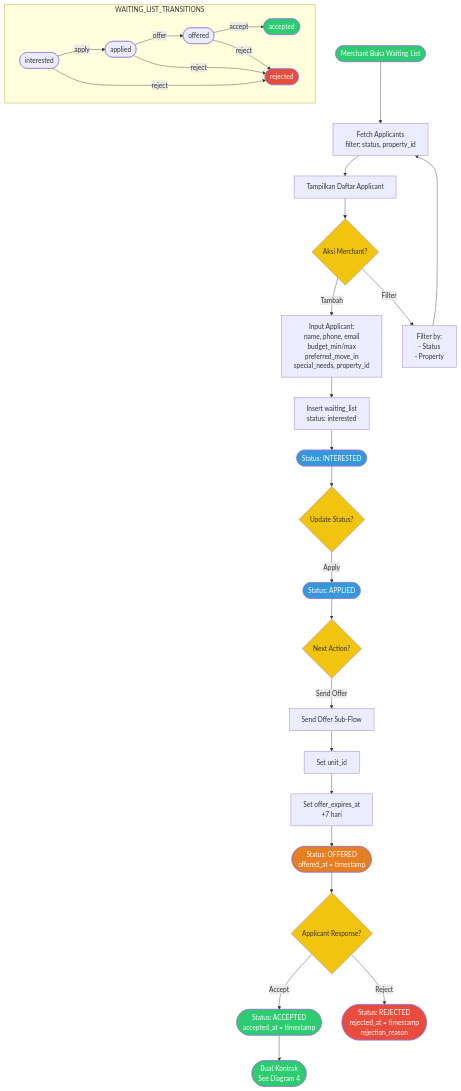
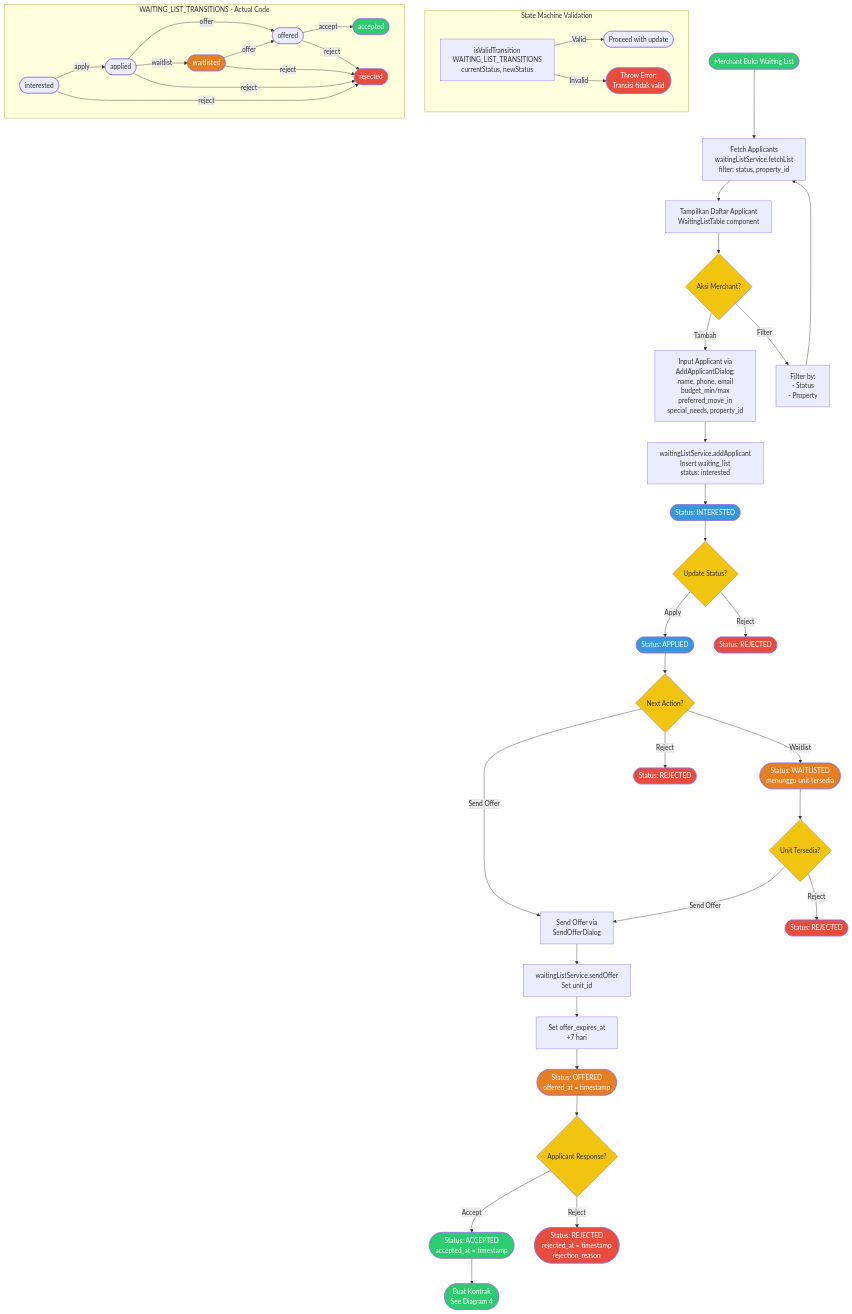
Before and after one commit to itsramaa/Sistem-Hunian: diagram 19 of 24 in old-docs/merchant_activity_diagram.md, drawn with Mermaid. The commit also changed other lines of this file, not shown here.

````diff
--- a/old-docs/merchant_activity_diagram.md
+++ b/old-docs/merchant_activity_diagram.md
@@ -1638,52 +1660,75 @@
 ```mermaid
 flowchart TD
-    START([Merchant Buka Waiting List]) --> FETCH[Fetch Applicants<br/>filter: status, property_id]
-    FETCH --> LIST_VIEW[Tampilkan Daftar Applicant]
+    START([Merchant Buka Waiting List]) --> FETCH[Fetch Applicants<br/>waitingListService.fetchList<br/>filter: status, property_id]
+    FETCH --> LIST_VIEW[Tampilkan Daftar Applicant<br/>WaitingListTable component]
 
     LIST_VIEW --> ACTION{Aksi Merchant?}
-    ACTION -->|Tambah| ADD[Input Applicant:<br/>name, phone, email<br/>budget_min/max<br/>preferred_move_in<br/>special_needs, property_id]
-    ADD --> SAVE_ADD[Insert waiting_list<br/>status: interested]
+    ACTION -->|Tambah| ADD[Input Applicant via<br/>AddApplicantDialog:<br/>name, phone, email<br/>budget_min/max<br/>preferred_move_in<br/>special_needs, property_id]
+    ADD --> SAVE_ADD[waitingListService.addApplicant<br/>Insert waiting_list<br/>status: interested]
     SAVE_ADD --> INTERESTED([Status: INTERESTED])
 
     INTERESTED --> TRANSITION1{Update Status?}
     TRANSITION1 -->|Apply| APPLIED([Status: APPLIED])
+    TRANSITION1 -->|Reject| REJECTED_I([Status: REJECTED])
 
     APPLIED --> TRANSITION2{Next Action?}
-    TRANSITION2 -->|Send Offer| OFFER_FLOW[Send Offer Sub-Flow]
+    TRANSITION2 -->|Waitlist| WAITLISTED([Status: WAITLISTED<br/>menunggu unit tersedia])
+    TRANSITION2 -->|Send Offer| OFFER_FLOW[Send Offer via<br/>SendOfferDialog]
+    TRANSITION2 -->|Reject| REJECTED_A([Status: REJECTED])
 
-    OFFER_FLOW --> SET_UNIT[Set unit_id]
+    WAITLISTED --> TRANSITION3{Unit Tersedia?}
+    TRANSITION3 -->|Send Offer| OFFER_FLOW
+    TRANSITION3 -->|Reject| REJECTED_W([Status: REJECTED])
+
+    OFFER_FLOW --> SET_UNIT[waitingListService.sendOffer<br/>Set unit_id]
     SET_UNIT --> SET_EXPIRY[Set offer_expires_at<br/>+7 hari]
     SET_EXPIRY --> OFFERED([Status: OFFERED<br/>offered_at = timestamp])
 
     OFFERED --> RESPONSE{Applicant Response?}
     RESPONSE -->|Accept| ACCEPTED([Status: ACCEPTED<br/>accepted_at = timestamp])
-    RESPONSE -->|Reject| REJECTED([Status: REJECTED<br/>rejected_at = timestamp<br/>rejection_reason])
+    RESPONSE -->|Reject| REJECTED_O([Status: REJECTED<br/>rejected_at = timestamp<br/>rejection_reason])
 
     ACCEPTED --> CREATE_CONTRACT([Buat Kontrak<br/>See Diagram 4])
 
     ACTION -->|Filter| FILTER[Filter by:<br/>- Status<br/>- Property]
     FILTER --> FETCH
 
-    subgraph STATE_MACHINE [WAITING_LIST_TRANSITIONS]
+    subgraph VALIDATION [State Machine Validation]
+        VAL[isValidTransition<br/>WAITING_LIST_TRANSITIONS<br/>currentStatus, newStatus]
+        VAL -->|Valid| PROCEED([Proceed with update])
+        VAL -->|Invalid| ERROR([Throw Error:<br/>Transisi tidak valid])
+    end
+
+    subgraph STATE_MACHINE [WAITING_LIST_TRANSITIONS - Actual Code]
         SM_INT([interested]) -->|apply| SM_APP([applied])
+        SM_INT -->|reject| SM_REJ([rejected])
         SM_APP -->|offer| SM_OFF([offered])
+        SM_APP -->|waitlist| SM_WAIT([waitlisted])
+        SM_APP -->|reject| SM_REJ
+        SM_WAIT -->|offer| SM_OFF
+        SM_WAIT -->|reject| SM_REJ
         SM_OFF -->|accept| SM_ACC([accepted])
-        SM_OFF -->|reject| SM_REJ([rejected])
-        SM_INT -->|reject| SM_REJ
-        SM_APP -->|reject| SM_REJ
+        SM_OFF -->|reject| SM_REJ
     end
 
     style START fill:#2ecc71,color:#fff
     style INTERESTED fill:#3498db,color:#fff
     style APPLIED fill:#3498db,color:#fff
+    style WAITLISTED fill:#e67e22,color:#fff
     style OFFERED fill:#e67e22,color:#fff
     style ACCEPTED fill:#2ecc71,color:#fff
-    style REJECTED fill:#e74c3c,color:#fff
+    style REJECTED_I fill:#e74c3c,color:#fff
+    style REJECTED_A fill:#e74c3c,color:#fff
+    style REJECTED_W fill:#e74c3c,color:#fff
+    style REJECTED_O fill:#e74c3c,color:#fff
     style CREATE_CONTRACT fill:#2ecc71,color:#fff
     style SM_ACC fill:#2ecc71,color:#fff
     style SM_REJ fill:#e74c3c,color:#fff
+    style SM_WAIT fill:#e67e22,color:#fff
+    style ERROR fill:#e74c3c,color:#fff
     style TRANSITION1 fill:#f1c40f,color:#333
     style TRANSITION2 fill:#f1c40f,color:#333
+    style TRANSITION3 fill:#f1c40f,color:#333
     style RESPONSE fill:#f1c40f,color:#333
     style ACTION fill:#f1c40f,color:#333
 ```
````
